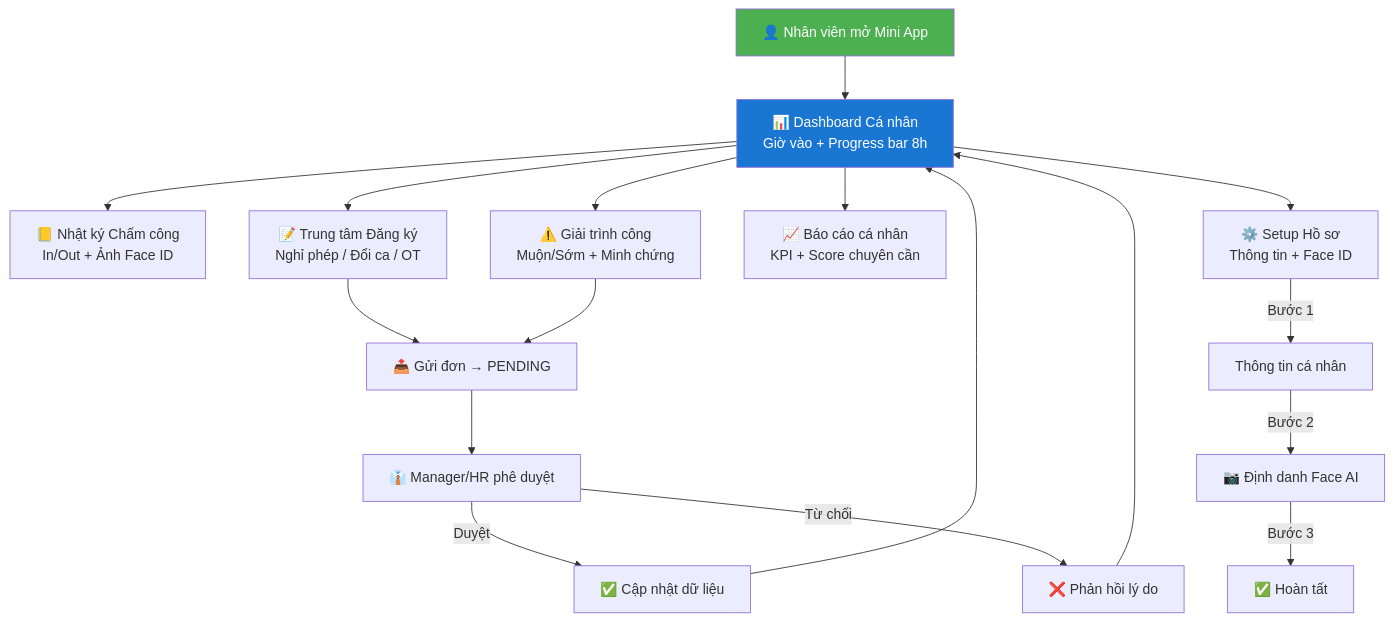
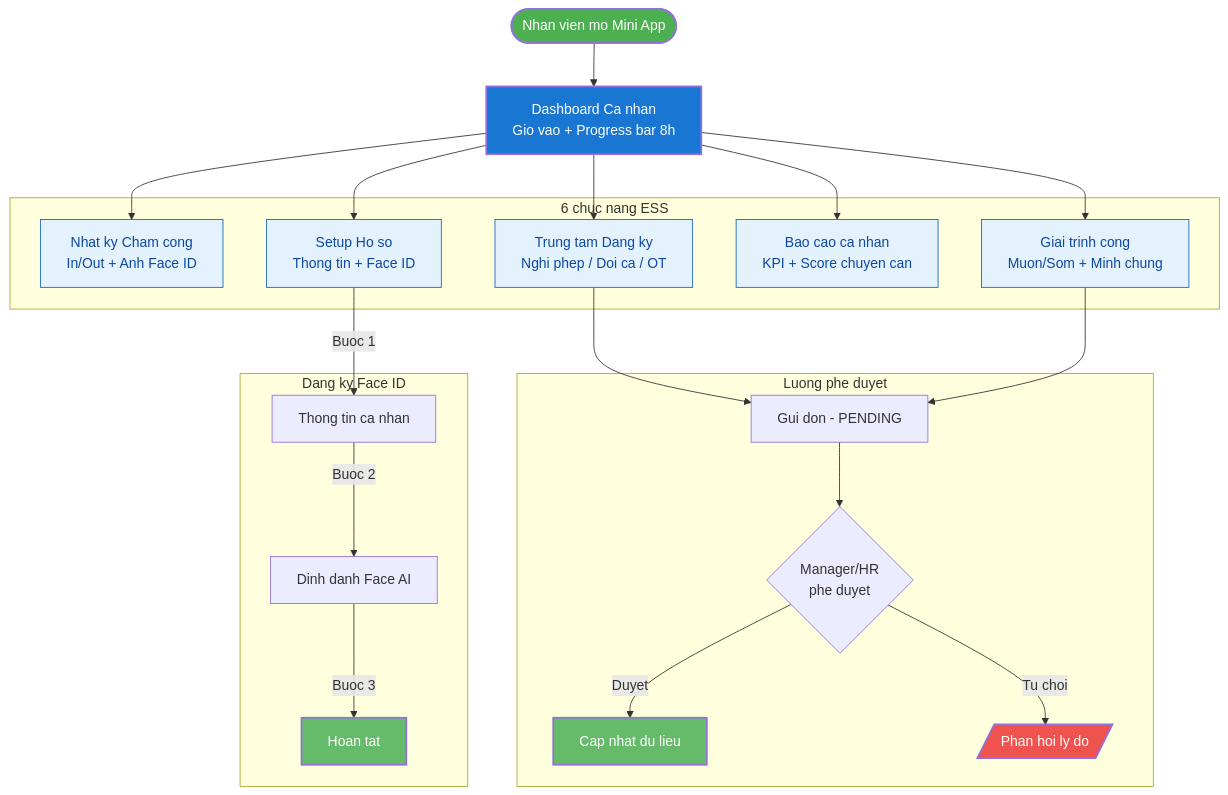
One commit to olbboy/ba-kit-antigravity changed the first of 2 diagrams in outputs/mini-app-cham-cong/2.11-Mini-app/Tài-liệu-dự-án-Mini-App/BRD-Nhân-viên.md. Above: the diagram before and after it, drawn with Mermaid. The commit also changed other lines of this file and 11 other files, not shown here.

First line of the commit message:
fix: clean Confluence export artifacts and upgrade Mermaid diagrams

````diff
--- a/outputs/mini-app-cham-cong/2.11-Mini-app/Tài-liệu-dự-án-Mini-App/BRD-Nhân-viên.md
+++ b/outputs/mini-app-cham-cong/2.11-Mini-app/Tài-liệu-dự-án-Mini-App/BRD-Nhân-viên.md
@@ -24,25 +21,39 @@
 ```mermaid
 graph TD
-    A["👤 Nhân viên mở Mini App"] --> B["📊 Dashboard Cá nhân<br/>Giờ vào + Progress bar 8h"]
-    
-    B --> C["📒 Nhật ký Chấm công<br/>In/Out + Ảnh Face ID"]
-    B --> D["📝 Trung tâm Đăng ký<br/>Nghỉ phép / Đổi ca / OT"]
-    B --> E["⚠️ Giải trình công<br/>Muộn/Sớm + Minh chứng"]
-    B --> F["📈 Báo cáo cá nhân<br/>KPI + Score chuyên cần"]
-    B --> G["⚙️ Setup Hồ sơ<br/>Thông tin + Face ID"]
+    A([Nhan vien mo Mini App]) --> B[Dashboard Ca nhan<br/>Gio vao + Progress bar 8h]
 
-    D --> H["📤 Gửi đơn → PENDING"]
-    E --> H
-    H --> I["👔 Manager/HR phê duyệt"]
-    I -->|"Duyệt"| J["✅ Cập nhật dữ liệu"]
-    I -->|"Từ chối"| K["❌ Phản hồi lý do"]
-    J --> B
-    K --> B
+    subgraph Features["6 chuc nang ESS"]
+        C[Nhat ky Cham cong<br/>In/Out + Anh Face ID]
+        D[Trung tam Dang ky<br/>Nghi phep / Doi ca / OT]
+        E[Giai trinh cong<br/>Muon/Som + Minh chung]
+        F[Bao cao ca nhan<br/>KPI + Score chuyen can]
+        G[Setup Ho so<br/>Thong tin + Face ID]
+    end
 
-    G -->|"Bước 1"| G1["Thông tin cá nhân"]
-    G1 -->|"Bước 2"| G2["📷 Định danh Face AI"]
-    G2 -->|"Bước 3"| G3["✅ Hoàn tất"]
+    B --> C & D & E & F & G
 
-    style A fill:#4CAF50,color:#fff
-    style B fill:#1976D2,color:#fff
+    subgraph Approval["Luong phe duyet"]
+        D & E --> H[Gui don - PENDING]
+        H --> I{Manager/HR<br/>phe duyet}
+        I -->|Duyet| J[Cap nhat du lieu]
+        I -->|Tu choi| K[/Phan hoi ly do/]
+    end
+
+    subgraph Setup["Dang ky Face ID"]
+        G -->|Buoc 1| G1[Thong tin ca nhan]
+        G1 -->|Buoc 2| G2[Dinh danh Face AI]
+        G2 -->|Buoc 3| G3[Hoan tat]
+    end
+
+    classDef start fill:#4CAF50,color:#fff,stroke-width:2px
+    classDef dashboard fill:#1976D2,color:#fff,stroke-width:2px
+    classDef feature fill:#E3F2FD,stroke:#1565C0,color:#0D47A1
+    classDef success fill:#66BB6A,color:#fff,stroke-width:2px
+    classDef fail fill:#EF5350,color:#fff,stroke-width:2px
+
+    class A start
+    class B dashboard
+    class C,D,E,F,G feature
+    class J,G3 success
+    class K fail
 ```
````
